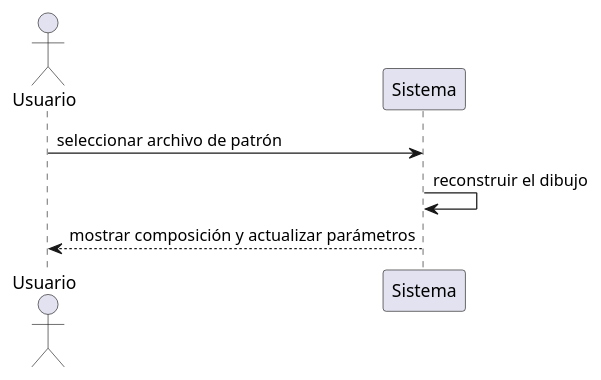
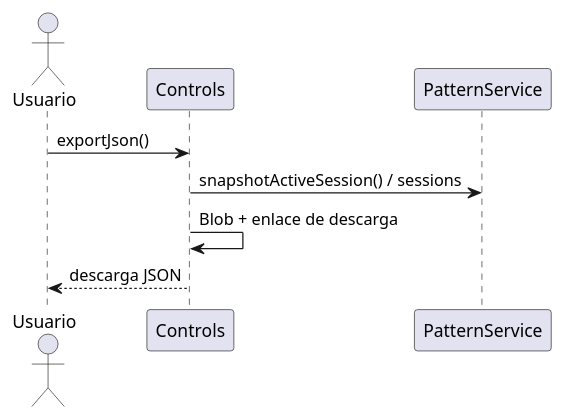
One commit to IgnacioMol/Epicycloid_generator changed diagram 11 of 15 in claude/memoria-cap4-analisis.md. Above: the diagram before and after it, drawn with PlantUML. The commit also changed other lines of this file and 1 other file, not shown here.

````diff
--- a/claude/memoria-cap4-analisis.md
+++ b/claude/memoria-cap4-analisis.md
@@ -594,10 +747,12 @@
 ```plantuml
-@startuml SecImportar
+@startuml SecExportarPatron
 actor Usuario
-participant "Sistema" as S
+participant "Controls" as C
+participant "PatternService" as PS
 
-Usuario -> S : seleccionar archivo de patrón
-S -> S : reconstruir el dibujo
-S --> Usuario : mostrar composición y actualizar parámetros
+Usuario -> C : exportJson()
+C -> PS : snapshotActiveSession() / sessions
+C -> C : Blob + enlace de descarga
+C --> Usuario : descarga JSON
 @enduml
 ```
````
